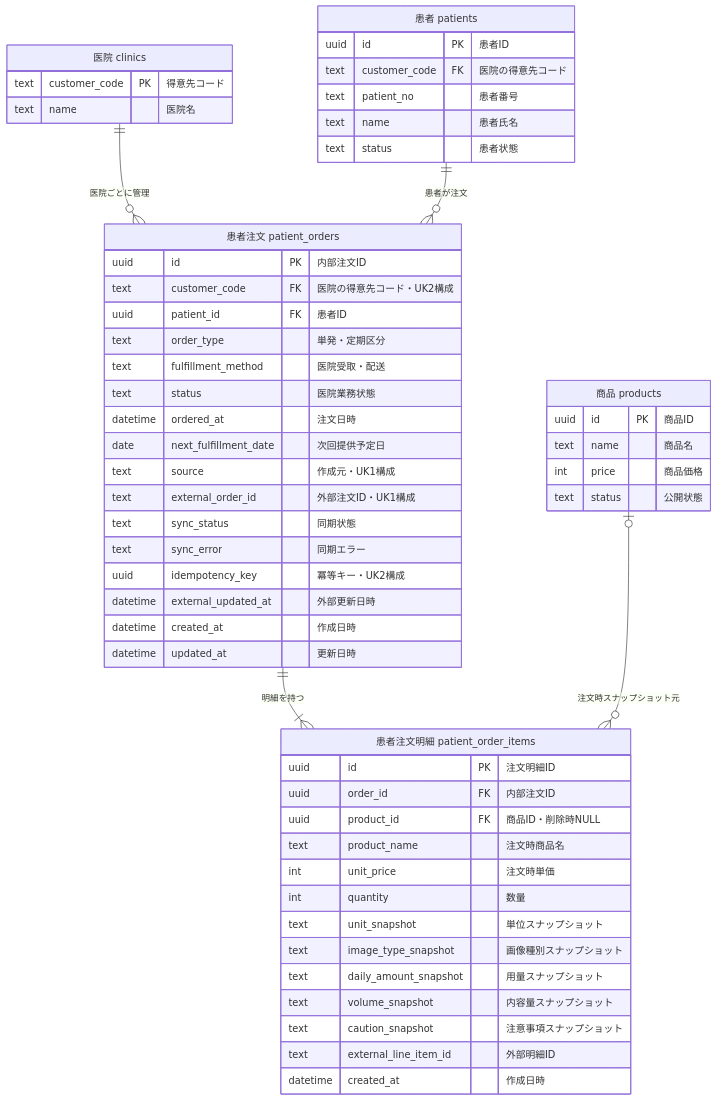
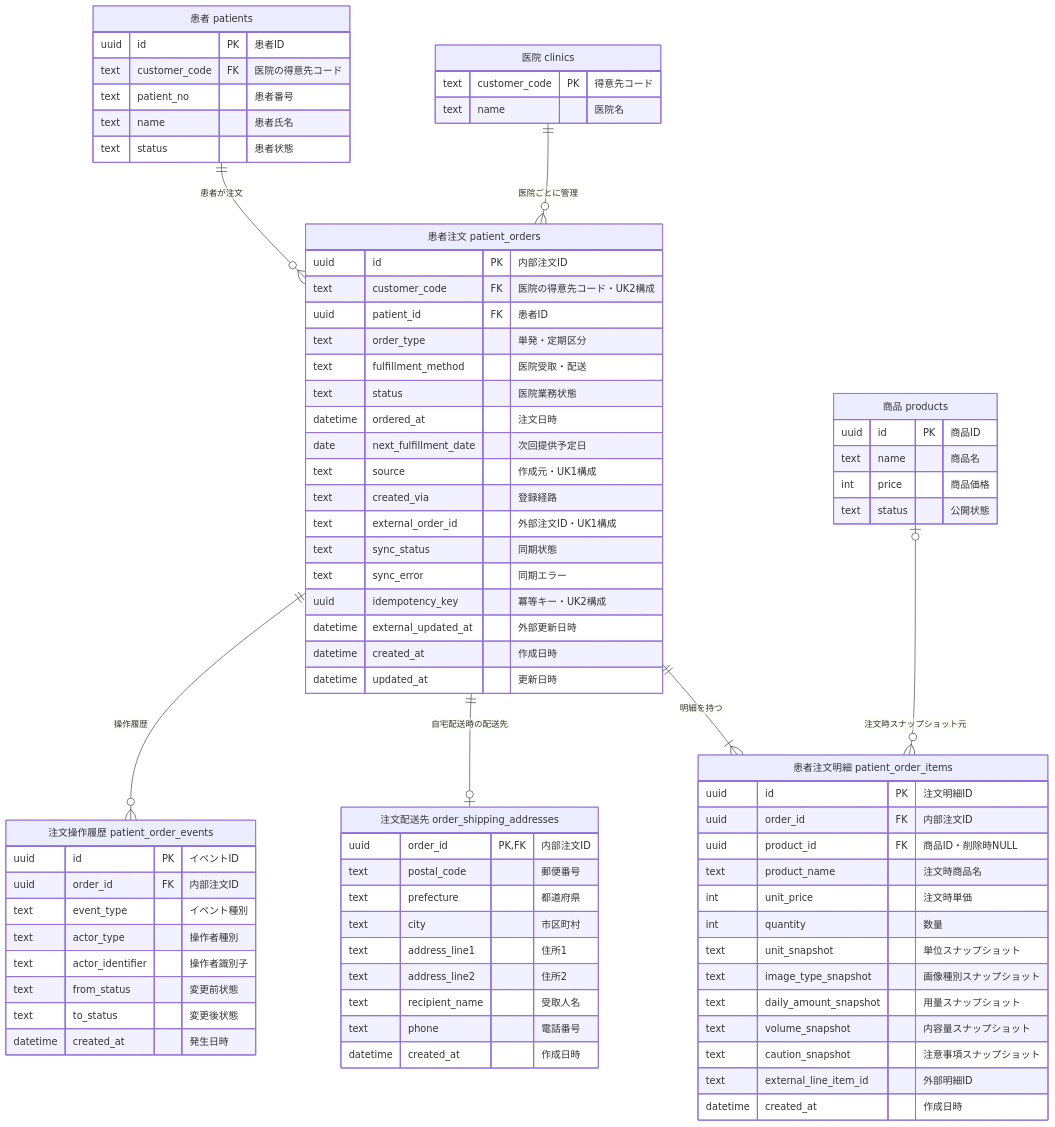
Before and after one commit to masashi-sketch/dental-portal: the third of 4 diagrams in project_clinic_order_management_design.md, drawn with Mermaid. The commit also changed other lines of this file and 6 other files, not shown here.

````diff
--- a/project_clinic_order_management_design.md
+++ b/project_clinic_order_management_design.md
@@ -252,6 +265,8 @@
   CLINICS ||--o{ PATIENT_ORDERS : "医院ごとに管理"
   PATIENTS ||--o{ PATIENT_ORDERS : "患者が注文"
   PATIENT_ORDERS ||--|{ PATIENT_ORDER_ITEMS : "明細を持つ"
+  PATIENT_ORDERS ||--o| ORDER_SHIPPING_ADDRESSES : "自宅配送時の配送先"
+  PATIENT_ORDERS ||--o{ PATIENT_ORDER_EVENTS : "操作履歴"
   PRODUCTS o|--o{ PATIENT_ORDER_ITEMS : "注文時スナップショット元"
 
   CLINICS["医院 clinics"] {
@@ -284,6 +299,7 @@
     datetime ordered_at "注文日時"
     date next_fulfillment_date "次回提供予定日"
     text source "作成元・UK1構成"
+    text created_via "登録経路"
     text external_order_id "外部注文ID・UK1構成"
     text sync_status "同期状態"
     text sync_error "同期エラー"
@@ -308,4 +324,27 @@
     text external_line_item_id "外部明細ID"
     datetime created_at "作成日時"
   }
+
+  ORDER_SHIPPING_ADDRESSES["注文配送先 order_shipping_addresses"] {
+    uuid order_id PK,FK "内部注文ID"
+    text postal_code "郵便番号"
+    text prefecture "都道府県"
+    text city "市区町村"
+    text address_line1 "住所1"
+    text address_line2 "住所2"
+    text recipient_name "受取人名"
+    text phone "電話番号"
+    datetime created_at "作成日時"
+  }
+
+  PATIENT_ORDER_EVENTS["注文操作履歴 patient_order_events"] {
+    uuid id PK "イベントID"
+    uuid order_id FK "内部注文ID"
+    text event_type "イベント種別"
+    text actor_type "操作者種別"
+    text actor_identifier "操作者識別子"
+    text from_status "変更前状態"
+    text to_status "変更後状態"
+    datetime created_at "発生日時"
+  }
 ```
````
